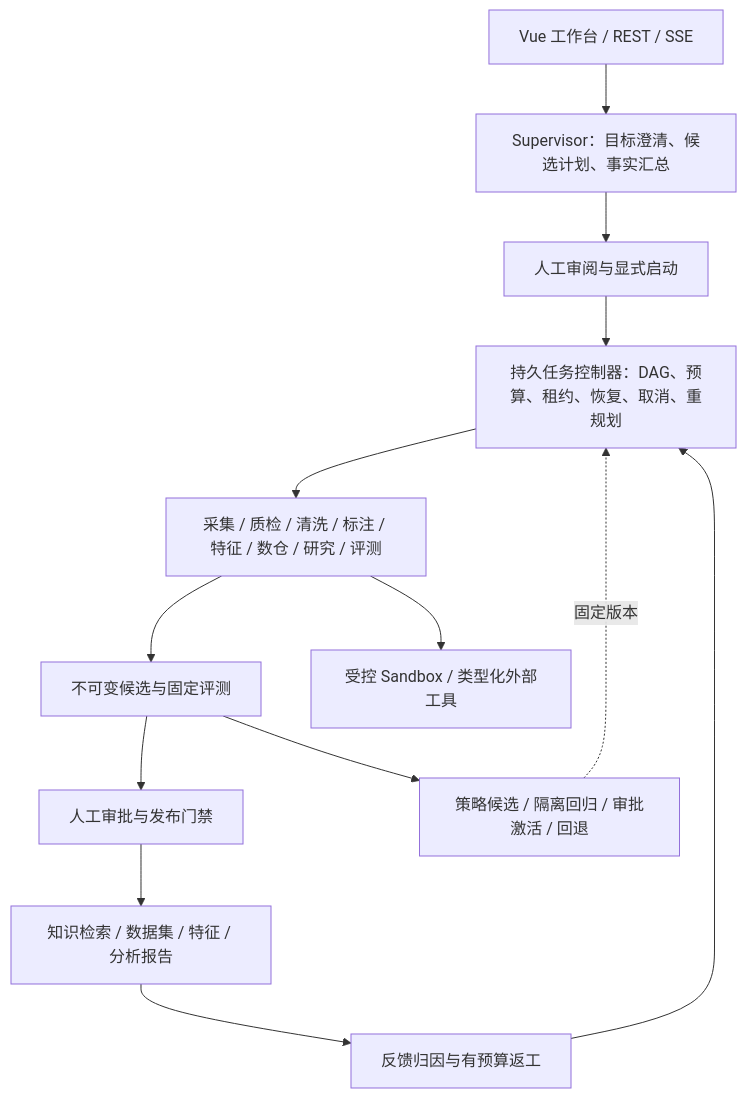
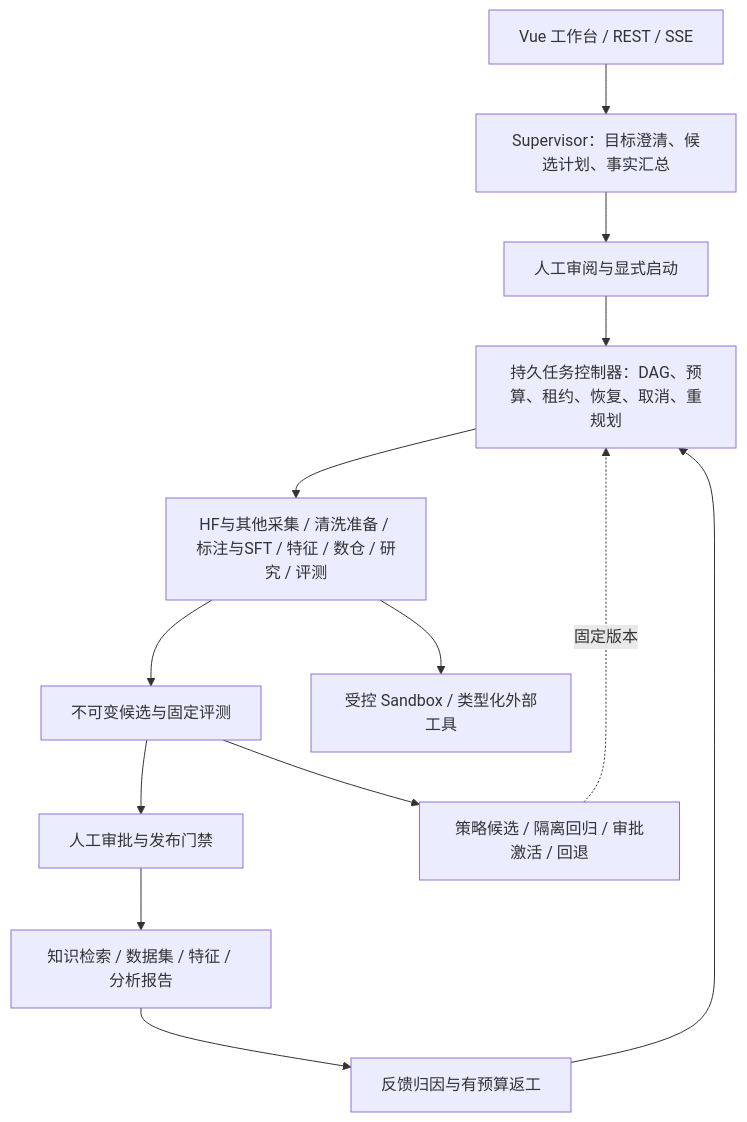
The diagram in README.md (larry-zy/cognida), drawn with Mermaid before and after one commit. The commit also changed other lines of this file and 123 other files, not shown here.

````diff
--- a/README.md
+++ b/README.md
@@ -57,15 +59,15 @@
 ```mermaid
 flowchart TB
   UI[Vue 工作台 / REST / SSE] --> Supervisor[Supervisor：目标澄清、候选计划、事实汇总]
   Supervisor --> Review[人工审阅与显式启动]
   Review --> Runtime[持久任务控制器：DAG、预算、租约、恢复、取消、重规划]
-  Runtime --> Domains[采集 / 质检 / 清洗 / 标注 / 特征 / 数仓 / 研究 / 评测]
+  Runtime --> Domains[HF与其他采集 / 清洗准备 / 标注与SFT / 特征 / 数仓 / 研究 / 评测]
   Domains --> Candidate[不可变候选与固定评测]
   Candidate --> Approval[人工审批与发布门禁]
   Approval --> Consume[知识检索 / 数据集 / 特征 / 分析报告]
   Consume --> Feedback[反馈归因与有预算返工]
   Feedback --> Runtime
   Candidate --> Strategy[策略候选 / 隔离回归 / 审批激活 / 回退]
   Strategy -.固定版本.-> Runtime
   Domains --> Sandbox[受控 Sandbox / 类型化外部工具]
 ```
````
